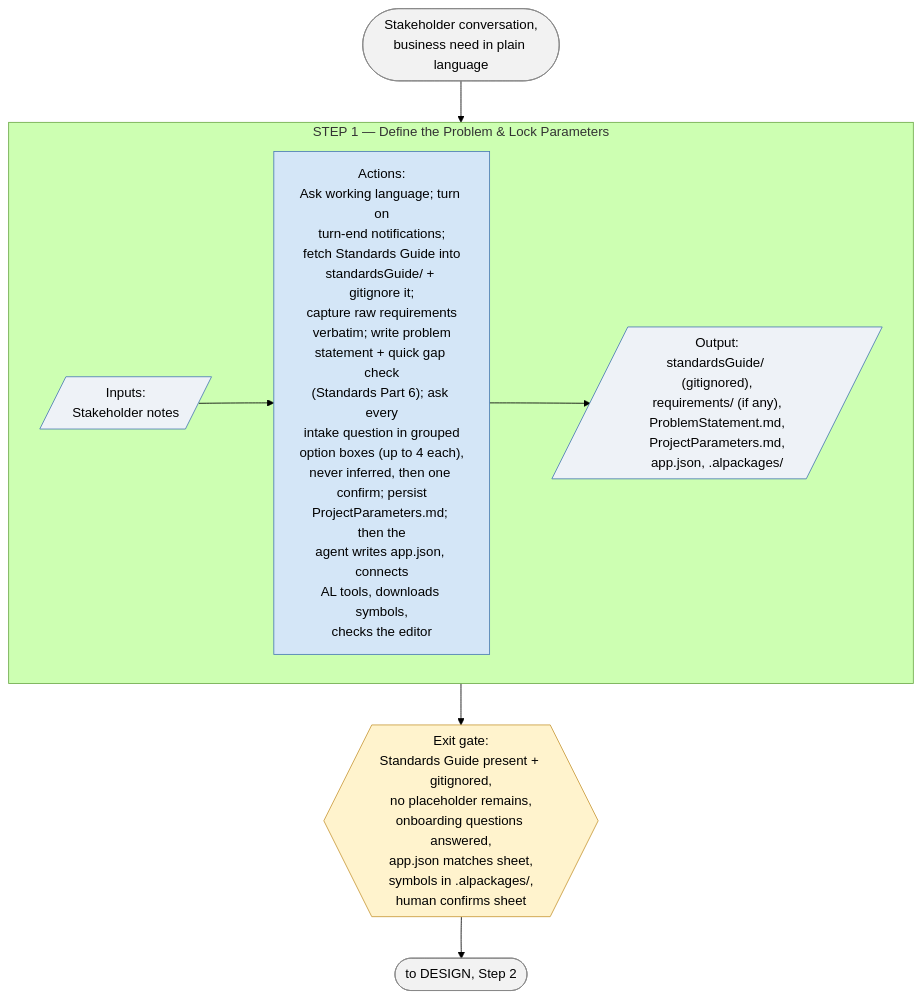
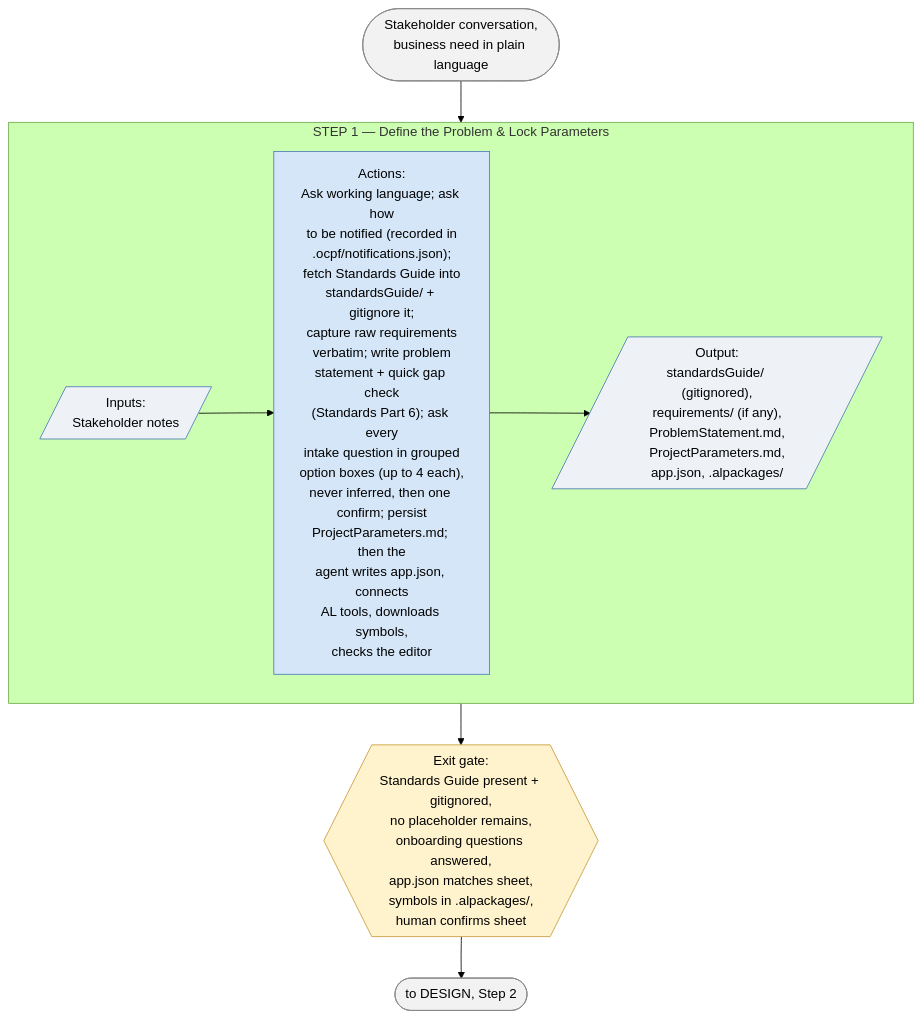
One commit to ajansari/ocpfBcAgenticDevFramework changed the third of 7 diagrams in liteVersion/LITE_RunbookSchematics.md. Above: the diagram before and after it, drawn with Mermaid (forest theme). The commit also changed other lines of this file and 18 other files, not shown here.

First line of the commit message:
Notifications: intake question (Claude app / sound / desktop), remembered per developer

````diff
--- a/liteVersion/LITE_RunbookSchematics.md
+++ b/liteVersion/LITE_RunbookSchematics.md
@@ -116,21 +116,21 @@
 ```mermaid
 flowchart TD
     Start(["Stakeholder conversation,<br/>business need in plain language"]) --> S1
 
     subgraph S1["STEP 1 — Define the Problem & Lock Parameters"]
         direction LR
-        In1[/"Inputs:<br/>Stakeholder notes"/] --> Act1["Actions:<br/>Ask working language; turn on<br/>turn-end notifications;<br/>fetch Standards Guide into<br/>standardsGuide/ + gitignore it;<br/>capture raw requirements<br/>verbatim; write problem<br/>statement + quick gap check<br/>(Standards Part 6); ask every<br/>intake question in grouped<br/>option boxes (up to 4 each),<br/>never inferred, then one confirm; persist<br/>ProjectParameters.md; then the<br/>agent writes app.json, connects<br/>AL tools, downloads symbols,<br/>checks the editor"] --> Out1[/"Output:<br/>standardsGuide/ (gitignored),<br/>requirements/ (if any),<br/>ProblemStatement.md,<br/>ProjectParameters.md,<br/>app.json, .alpackages/"/]
+        In1[/"Inputs:<br/>Stakeholder notes"/] --> Act1["Actions:<br/>Ask working language; ask how<br/>to be notified (recorded in<br/>.ocpf/notifications.json);<br/>fetch Standards Guide into<br/>standardsGuide/ + gitignore it;<br/>capture raw requirements<br/>verbatim; write problem<br/>statement + quick gap check<br/>(Standards Part 6); ask every<br/>intake question in grouped<br/>option boxes (up to 4 each),<br/>never inferred, then one confirm; persist<br/>ProjectParameters.md; then the<br/>agent writes app.json, connects<br/>AL tools, downloads symbols,<br/>checks the editor"] --> Out1[/"Output:<br/>standardsGuide/ (gitignored),<br/>requirements/ (if any),<br/>ProblemStatement.md,<br/>ProjectParameters.md,<br/>app.json, .alpackages/"/]
     end
     S1 --> Gate1{{"Exit gate:<br/>Standards Guide present + gitignored,<br/>no placeholder remains,<br/>onboarding questions answered,<br/>app.json matches sheet,<br/>symbols in .alpackages/,<br/>human confirms sheet"}}
 
     Gate1 --> Next(["to DESIGN, Step 2"])
 
     classDef io fill:#eef2f7,stroke:#4a7ab5,stroke-width:1px;
     classDef act fill:#d4e6f7,stroke:#4a7ab5,stroke-width:1px;
     classDef gate fill:#fff3cd,stroke:#c99a3a,stroke-width:1px;
     classDef endpoint fill:#f2f2f2,stroke:#888,stroke-width:1px;
     class In1,Out1 io;
     class Act1 act;
     class Gate1 gate;
     class Start,Next endpoint;
 ```
````
